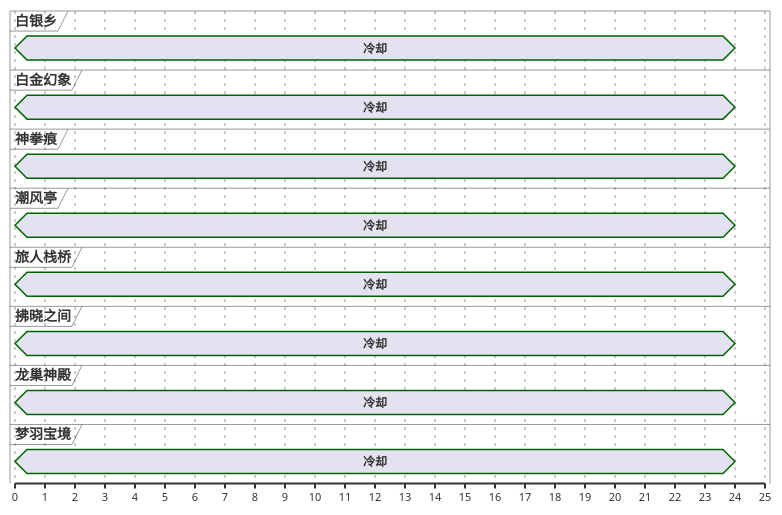
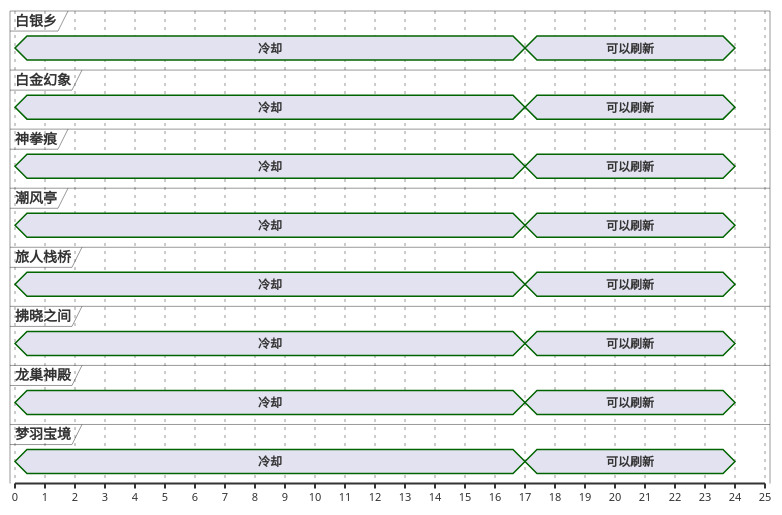
The second of 13 diagrams in ffxiv/hunt/2.0/Lampalagua.md (Eroleice/doc-pi), drawn with PlantUML before and after one commit. The commit also changed other lines of this file and 38 other files, not shown here.

````diff
--- a/ffxiv/hunt/2.0/Lampalagua.md
+++ b/ffxiv/hunt/2.0/Lampalagua.md
@@ -86,47 +93,55 @@
 ```plantuml
 @startuml
 scale 1 as 30 pixels
 
 concise 白银乡
 concise 白金幻象
 concise 神拳痕
 concise 潮风亭
 concise 旅人栈桥
 concise 拂晓之间
 concise 龙巢神殿
 concise 梦羽宝境
 
 @龙巢神殿
 0 is 冷却
+17 is 可以刷新
 24 is {hidden}
 
 @神拳痕
 0 is 冷却
+17 is 可以刷新
 24 is {hidden}
 
 @潮风亭
 0 is 冷却
+17 is 可以刷新
 24 is {hidden}
 
 @拂晓之间
 0 is 冷却
+17 is 可以刷新
 24 is {hidden}
 
 @白金幻象
 0 is 冷却
+17 is 可以刷新
 24 is {hidden}
 
 @白银乡
 0 is 冷却
+17 is 可以刷新
 24 is {hidden}
 
 @旅人栈桥
 0 is 冷却
+17 is 可以刷新
 24 is {hidden}
 
 @梦羽宝境
 0 is 冷却
+17 is 可以刷新
 24 is {hidden}
 
 @enduml
 ```
````
